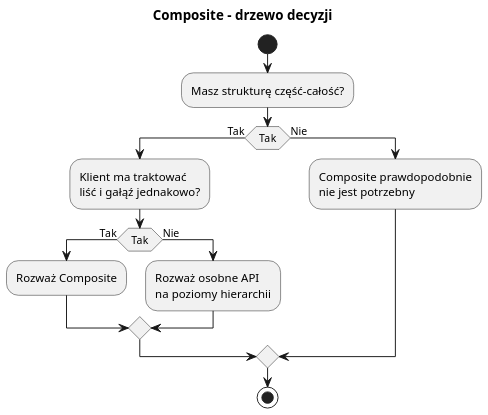
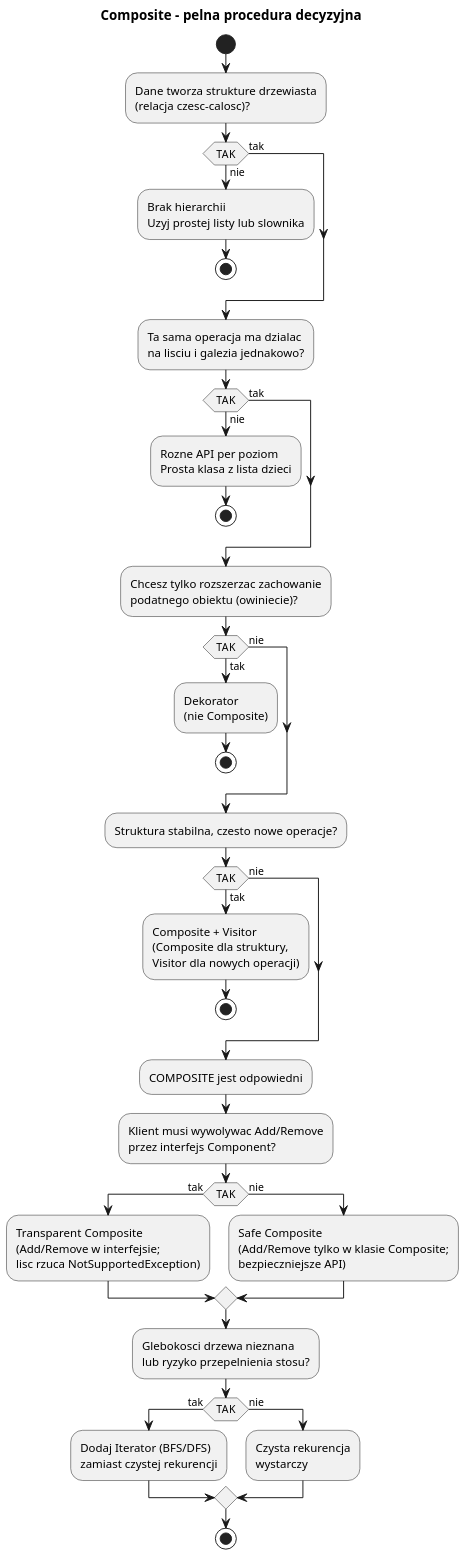
The diagram in src/12-kompozyt/02-kiedy-stosowac-zalety-wady/diagrams/01-decision-tree.puml (tborzyszkowski/DesignPatterns), drawn with PlantUML before and after one commit. The commit also changed other lines of this file and 40 other files, not shown here.

```diff
--- a/src/12-kompozyt/02-kiedy-stosowac-zalety-wady/diagrams/01-decision-tree.puml
+++ b/src/12-kompozyt/02-kiedy-stosowac-zalety-wady/diagrams/01-decision-tree.puml
@@ -1,24 +1,54 @@
 @startuml composite_decision_tree
-title Composite - drzewo decyzji
+title Composite - pelna procedura decyzyjna
 
 skinparam monochrome true
 skinparam dpi 150
 
 start
-:Masz strukturę część-całość?;
-if (Tak) then (Tak)
-  :Klient ma traktować
-liść i gałąź jednakowo?;
-  if (Tak) then (Tak)
-    :Rozważ Composite;
-  else (Nie)
-    :Rozważ osobne API
-na poziomy hierarchii;
-  endif
-else (Nie)
-  :Composite prawdopodobnie
-nie jest potrzebny;
+
+:Dane tworza strukture drzewiasta\n(relacja czesc-calosc)?;
+if (TAK) then (tak)
+else (nie)
+    :Brak hierarchii\nUzyj prostej listy lub slownika;
+    stop
 endif
+
+:Ta sama operacja ma dzialac\nna lisciu i galezia jednakowo?;
+if (TAK) then (tak)
+else (nie)
+    :Rozne API per poziom\nProsta klasa z lista dzieci;
+    stop
+endif
+
+:Chcesz tylko rozszerzac zachowanie\npodatnego obiektu (owiniecie)?;
+if (TAK) then (tak)
+    :Dekorator\n(nie Composite);
+    stop
+else (nie)
+endif
+
+:Struktura stabilna, czesto nowe operacje?;
+if (TAK) then (tak)
+    :Composite + Visitor\n(Composite dla struktury,\nVisitor dla nowych operacji);
+    stop
+else (nie)
+endif
+
+:COMPOSITE jest odpowiedni;
+
+:Klient musi wywolywac Add/Remove\nprzez interfejs Component?;
+if (TAK) then (tak)
+    :Transparent Composite\n(Add/Remove w interfejsie;\nlisc rzuca NotSupportedException);
+else (nie)
+    :Safe Composite\n(Add/Remove tylko w klasie Composite;\nbezpieczniejsze API);
+endif
+
+:Glebokosci drzewa nieznana\nlub ryzyko przepelnienia stosu?;
+if (TAK) then (tak)
+    :Dodaj Iterator (BFS/DFS)\nzamiast czystej rekurencji;
+else (nie)
+    :Czysta rekurencja\nwystarczy;
+endif
+
 stop
-
 @enduml
```
